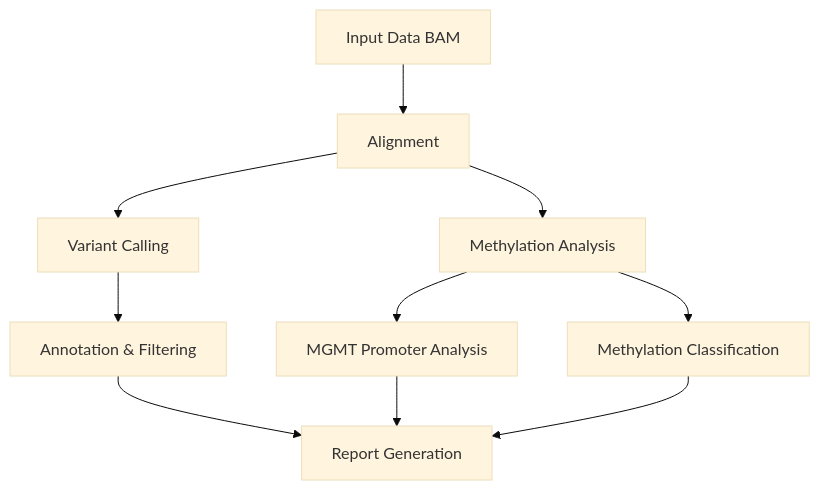
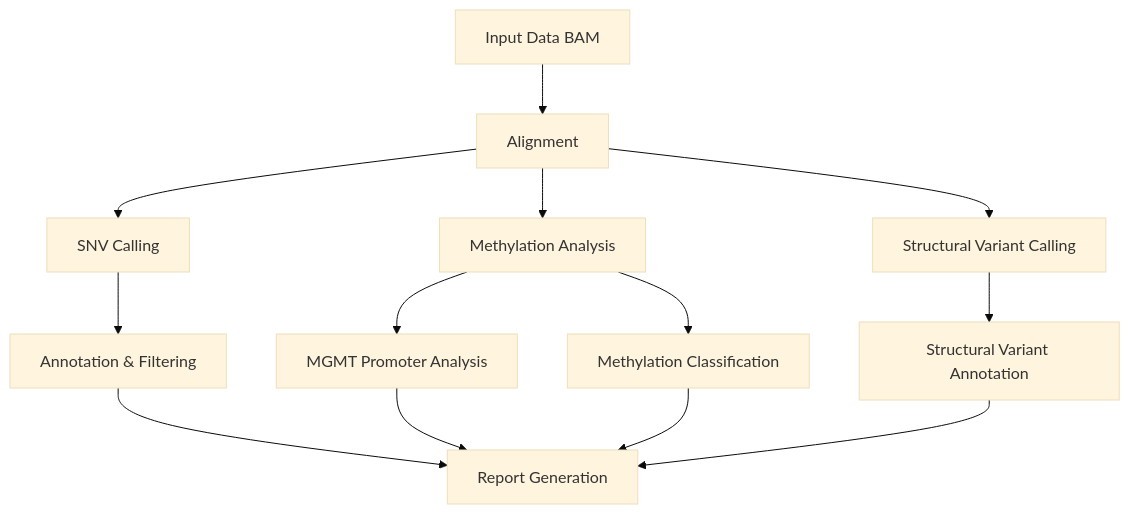
The diagram in README.md (areebapatel/Rapid-CNS2_nf), drawn with Mermaid (base theme) before and after one commit. The commit also changed other lines of this file, not shown here.

Commit message:
Updated installation instructions in README

````diff
--- a/README.md
+++ b/README.md
@@ -301,12 +301,15 @@
 ```mermaid
 graph TD
     A[Input Data BAM] --> B[Alignment]
-    B --> C[Variant Calling]
+    B --> C[SNV Calling]
     B --> D[Methylation Analysis]
+    B --> I[Structural Variant Calling]
     C --> E[Annotation & Filtering]
     D --> F[MGMT Promoter Analysis]
     D --> G[Methylation Classification]
+    I --> J[Structural Variant Annotation]
     E --> H[Report Generation]
     F --> H
     G --> H
+    J --> H
 ```
````
